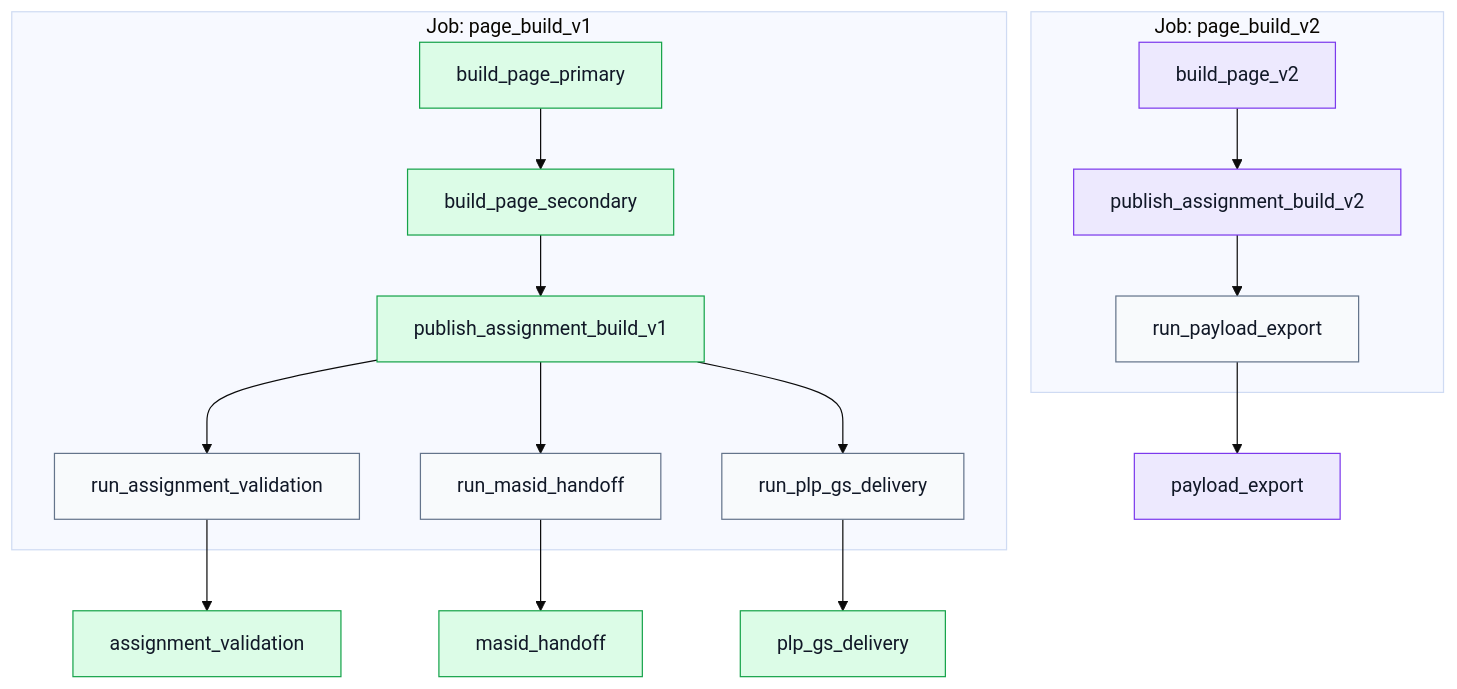
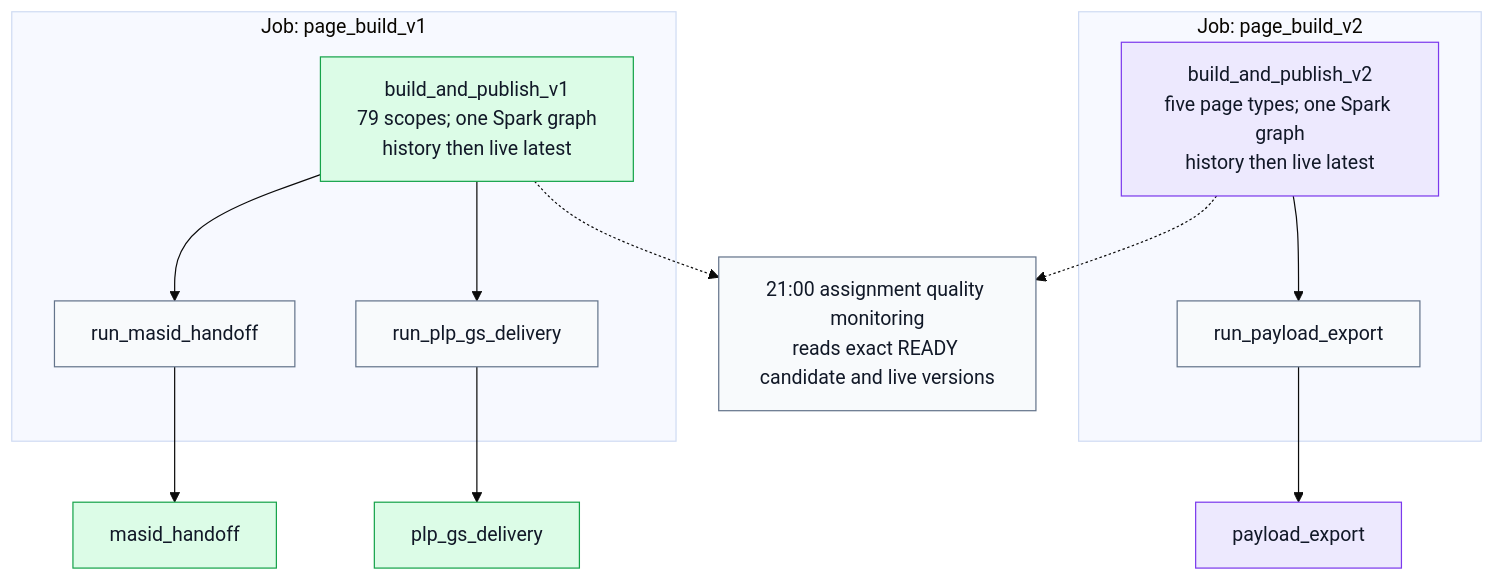
The fourth of 8 diagrams in docs/CICD/nextads_databricks_runtime_map.md (swblain-glyndwr/personal_project), drawn with Mermaid (base theme) before and after one commit. The commit also changed other lines of this file and 88 other files, not shown here.

````diff
--- a/docs/CICD/nextads_databricks_runtime_map.md
+++ b/docs/CICD/nextads_databricks_runtime_map.md
@@ -302,30 +276,25 @@
 ```mermaid
 flowchart TD
   classDef v1 fill:#dcfce7,stroke:#16a34a,color:#111827
   classDef v2 fill:#ede9fe,stroke:#7c3aed,color:#111827
   classDef trigger fill:#f8fafc,stroke:#64748b,color:#111827
 
   subgraph V1_PAGE_BUILD["Job: page_build_v1"]
-    build_page_primary["build_page_primary"]:::v1
-    build_page_secondary["build_page_secondary"]:::v1
-    publish_assignment_build_v1["publish_assignment_build_v1"]:::v1
-    run_assignment_validation["run_assignment_validation"]:::trigger
+    build_and_publish_v1["build_and_publish_v1<br/>79 scopes; one Spark graph<br/>history then live latest"]:::v1
     run_masid_handoff["run_masid_handoff"]:::trigger
     run_plp_gs_delivery["run_plp_gs_delivery"]:::trigger
-    build_page_primary --> build_page_secondary
-    build_page_secondary --> publish_assignment_build_v1
-    publish_assignment_build_v1 --> run_assignment_validation
-    publish_assignment_build_v1 --> run_masid_handoff
-    publish_assignment_build_v1 --> run_plp_gs_delivery
+    build_and_publish_v1 --> run_masid_handoff
+    build_and_publish_v1 --> run_plp_gs_delivery
   end
   subgraph V2_PAGE_BUILD["Job: page_build_v2"]
-    build_page_v2["build_page_v2"]:::v2
-    publish_assignment_build_v2["publish_assignment_build_v2"]:::v2
+    build_and_publish_v2["build_and_publish_v2<br/>five page types; one Spark graph<br/>history then live latest"]:::v2
     run_payload_export["run_payload_export"]:::trigger
-    build_page_v2 --> publish_assignment_build_v2 --> run_payload_export
+    build_and_publish_v2 --> run_payload_export
   end
-  run_assignment_validation --> qa["assignment_validation"]:::v1
   run_masid_handoff --> masid["masid_handoff"]:::v1
   run_payload_export --> payload["payload_export"]:::v2
   run_plp_gs_delivery --> plp["plp_gs_delivery"]:::v1
+  quality["21:00 assignment quality monitoring<br/>reads exact READY candidate and live versions"]:::trigger
+  build_and_publish_v1 -.-> quality
+  build_and_publish_v2 -.-> quality
 ```
````
